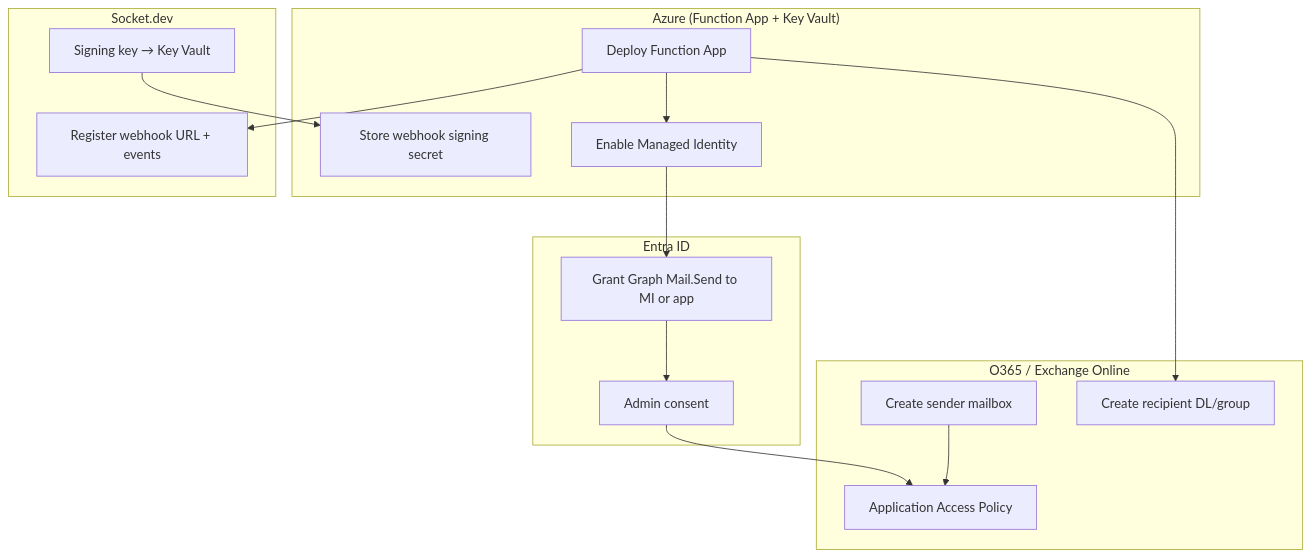
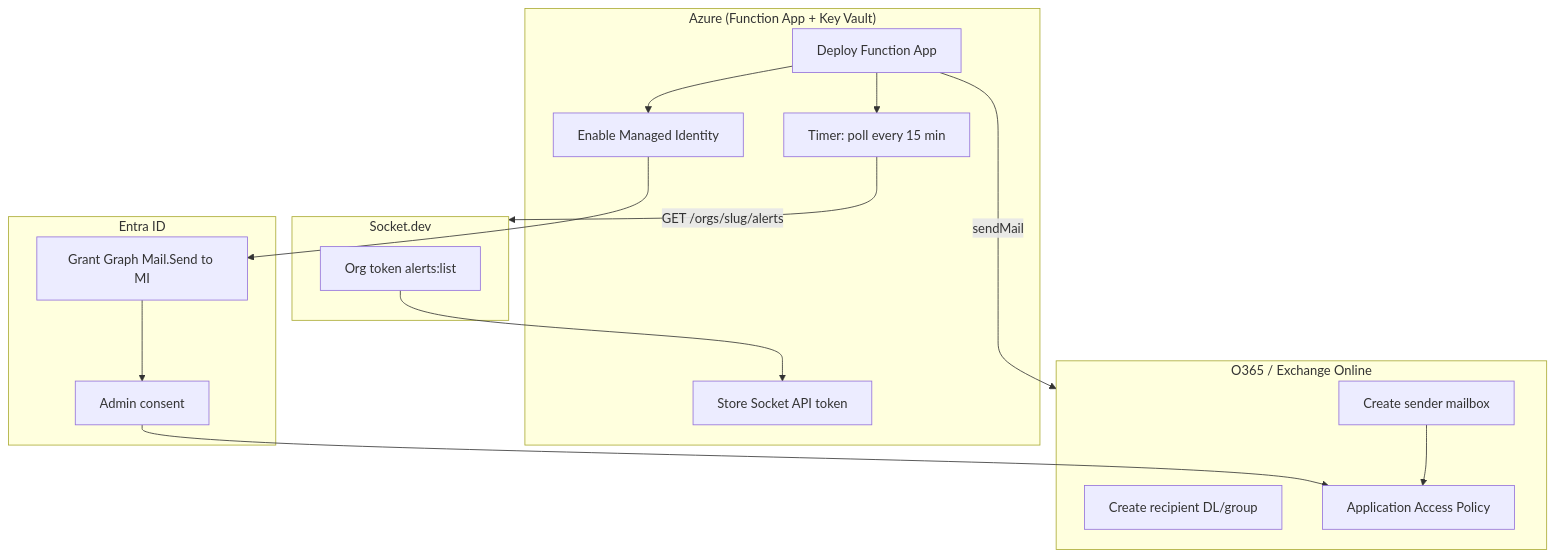
The diagram in docs/CONFIGURATION.md (c3-taehokgil/azure-socket-alert), drawn with Mermaid before and after one commit. The commit also changed other lines of this file and 44 other files, not shown here.

````diff
--- a/docs/CONFIGURATION.md
+++ b/docs/CONFIGURATION.md
@@ -18,32 +14,33 @@
 ```mermaid
 flowchart TB
   subgraph Azure["Azure (Function App + Key Vault)"]
     FA[Deploy Function App]
-    KV[Store webhook signing secret]
+    KV[Store Socket API token]
     MI[Enable Managed Identity]
+    T[Timer: poll every 15 min]
   end
 
   subgraph Entra["Entra ID"]
-    PERM[Grant Graph Mail.Send to MI or app]
+    PERM[Grant Graph Mail.Send to MI]
     CONSENT[Admin consent]
   end
 
   subgraph O365["O365 / Exchange Online"]
     MB[Create sender mailbox]
     DL[Create recipient DL/group]
     POL[Application Access Policy]
   end
 
   subgraph Socket["Socket.dev"]
-    WH[Register webhook URL + events]
-    SEC[Signing key → Key Vault]
+    TOK[Org token alerts:list]
   end
 
+  FA --> T
+  T -->|GET /orgs/slug/alerts| Socket
+  TOK --> KV
   FA --> MI
   MI --> PERM --> CONSENT
   CONSENT --> POL
   MB --> POL
-  FA --> WH
-  SEC --> KV
-  FA --> DL
+  FA -->|sendMail| O365
 ```
````
